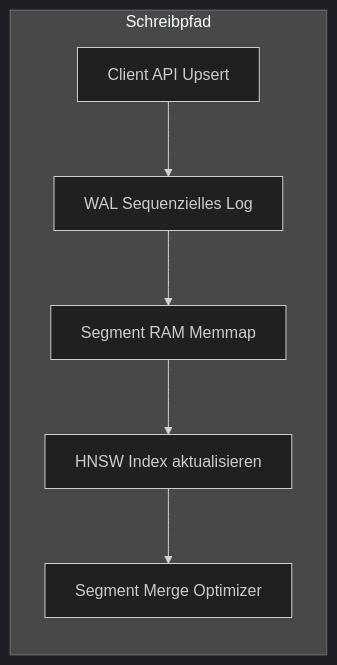
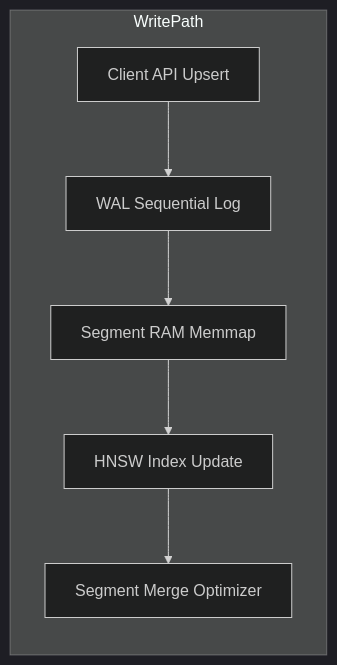
One commit to hermes-speedboat/wikijs.bitbull changed the first of 2 diagrams in blog/rag_vector_db.md. Above: the diagram before and after it, drawn with Mermaid (dark theme). The commit also changed other lines of this file, not shown here.

````diff
--- a/blog/rag_vector_db.md
+++ b/blog/rag_vector_db.md
@@ -114,15 +112,15 @@
 ```mermaid
 flowchart LR
-    subgraph Schreibpfad
+    subgraph WritePath
       Client[Client API Upsert]
-      WAL[WAL Sequenzielles Log]
+      WAL[WAL Sequential Log]
       Segment[Segment RAM Memmap]
-      HNSW[HNSW Index aktualisieren]
+      HNSW[HNSW Index Update]
       Merge[Segment Merge Optimizer]
     end
 
     Client --> WAL
     WAL --> Segment
     Segment --> HNSW
     HNSW --> Merge
 ```
````
